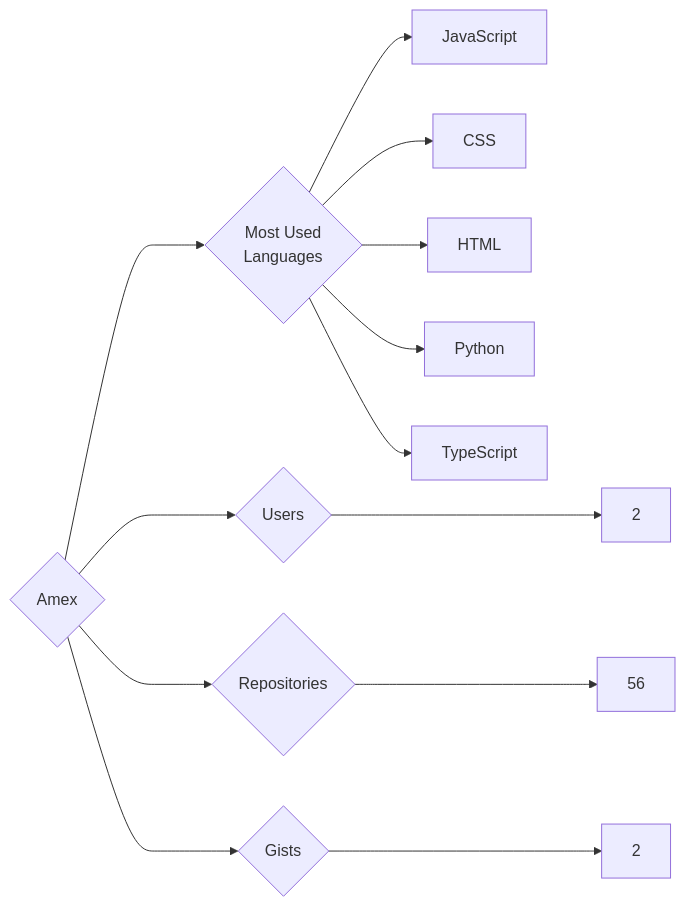
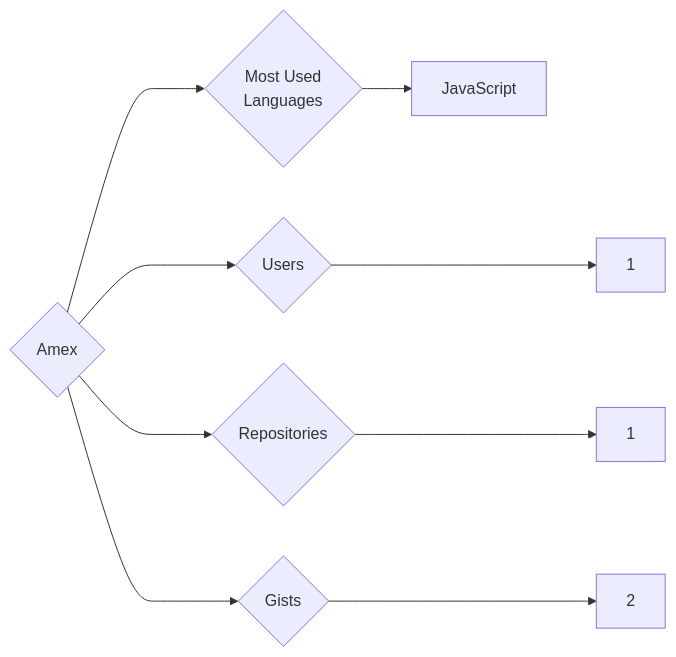
One commit to trickest/insiders changed the diagram in targets/Amex/README.md. Above: the diagram before and after it, drawn with Mermaid. The commit also changed 639 other files, not shown here.

````diff
--- a/targets/Amex/README.md
+++ b/targets/Amex/README.md
@@ -3,13 +3,9 @@
 ```mermaid
 graph LR
 COMPANY_NAME{Amex}
-COMPANY_NAME ---> U{Users} ---> UN[2]
-COMPANY_NAME ---> R{Repositories} ---> RN[56]
+COMPANY_NAME ---> U{Users} ---> UN[1]
+COMPANY_NAME ---> R{Repositories} ---> RN[1]
 COMPANY_NAME ---> G{Gists} ---> GN[2]
 COMPANY_NAME ---> ML{Most Used<br>Languages}
 ML --> JavaScript[JavaScript]
-ML --> CSS[CSS]
-ML --> HTML[HTML]
-ML --> Python[Python]
-ML --> TypeScript[TypeScript]
 ```
````
